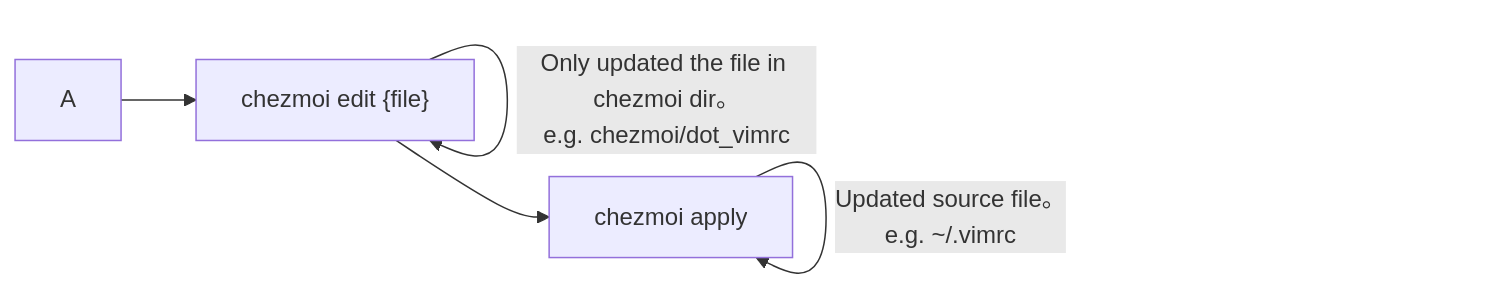
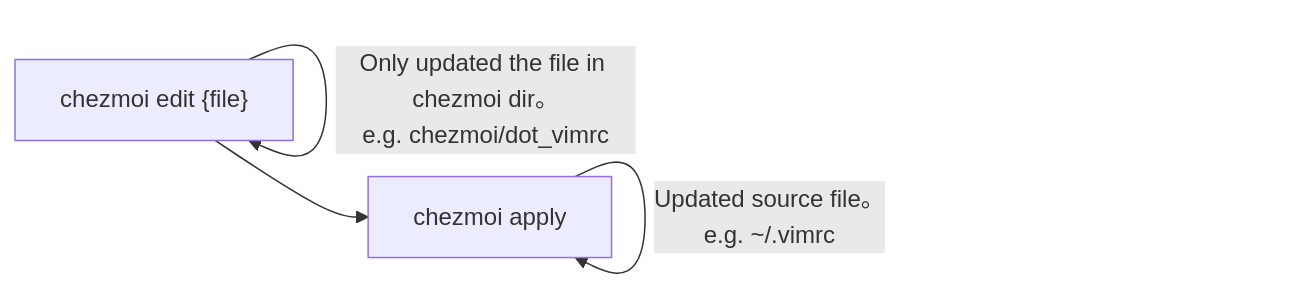
The third of 3 diagrams in i18n/en/docusaurus-plugin-content-blog/2023-10-29-chezmoi.md (wifecooky/aifan-docusaurus), drawn with Mermaid before and after one commit. The commit also changed other lines of this file and 1 other file, not shown here.

````diff
--- a/i18n/en/docusaurus-plugin-content-blog/2023-10-29-chezmoi.md
+++ b/i18n/en/docusaurus-plugin-content-blog/2023-10-29-chezmoi.md
@@ -80,7 +80,6 @@
 ```mermaid
 graph LR;
-    A --> C["chezmoi edit {file}"];
-    C -- "Only updated the file in chezmoi dir。\ne.g. chezmoi/dot_vimrc" --> C;
+    C["chezmoi edit {file}"] -- "Only updated the file in chezmoi dir。\ne.g. chezmoi/dot_vimrc" --> C;
     C --> D["chezmoi apply"];
     D -- "Updated source file。 \ne.g. ~/.vimrc"--> D;
 ```
````
